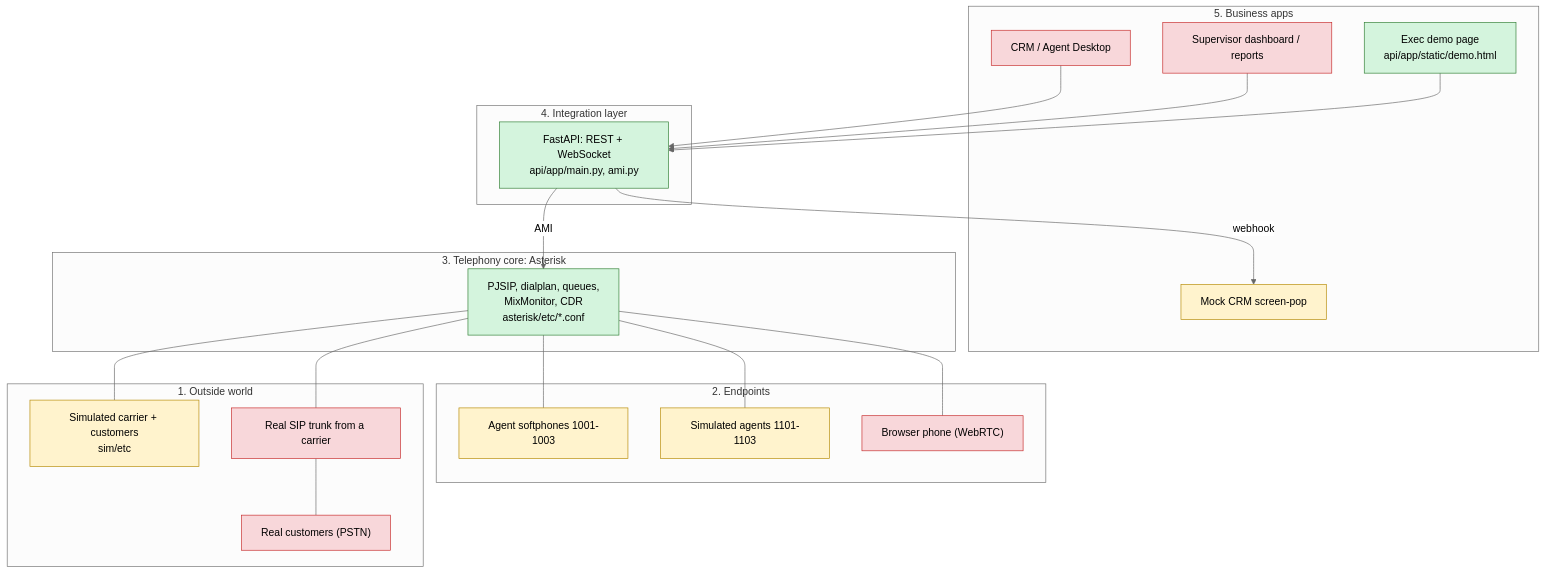
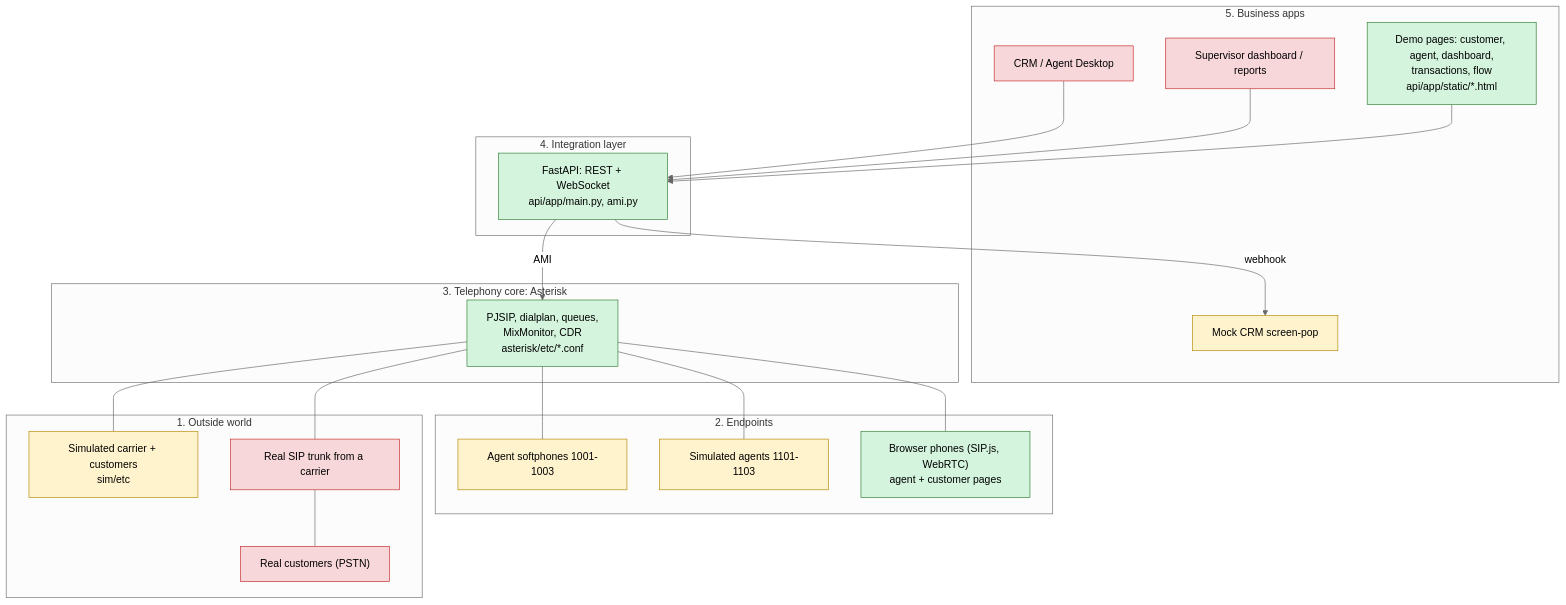
Before and after one commit to McDonan/asterisk-poc: the first of 10 diagrams in docs/ARCHITECTURE.md, drawn with Mermaid (neutral theme). The commit also changed other lines of this file and 4 other files, not shown here.

Commit message:
docs: Update documentation for WebRTC integration, demo pages, and IVR menu enhancements

````diff
--- a/docs/ARCHITECTURE.md
+++ b/docs/ARCHITECTURE.md
@@ -9,39 +9,39 @@
 ```mermaid
 flowchart TB
     subgraph L5["5. Business apps"]
         CRM["CRM / Agent Desktop"]:::todo
         DASH["Supervisor dashboard / reports"]:::todo
-        DEMO["Exec demo page<br/>api/app/static/demo.html"]:::done
+        DEMO["Demo pages: customer, agent, dashboard,<br/>transactions, flow<br/>api/app/static/*.html"]:::done
         MOCK["Mock CRM screen-pop"]:::sim
     end
     subgraph L4["4. Integration layer"]
         API["FastAPI: REST + WebSocket<br/>api/app/main.py, ami.py"]:::done
     end
     subgraph L3["3. Telephony core: Asterisk"]
         PBX["PJSIP, dialplan, queues,<br/>MixMonitor, CDR<br/>asterisk/etc/*.conf"]:::done
     end
     subgraph L2["2. Endpoints"]
         SOFT["Agent softphones 1001-1003"]:::sim
         SIMAG["Simulated agents 1101-1103"]:::sim
-        WEBRTC["Browser phone (WebRTC)"]:::todo
+        WEBRTC["Browser phones (SIP.js, WebRTC)<br/>agent + customer pages"]:::done
     end
     subgraph L1["1. Outside world"]
         SIMCAR["Simulated carrier + customers<br/>sim/etc"]:::sim
         TRUNK["Real SIP trunk from a carrier"]:::todo
         CUST["Real customers (PSTN)"]:::todo
     end
     CRM --> API
     DASH --> API
     DEMO --> API
     API -- AMI --> PBX
     API -- webhook --> MOCK
     PBX --- SOFT
     PBX --- SIMAG
     PBX --- WEBRTC
     PBX --- SIMCAR
     PBX --- TRUNK
     TRUNK --- CUST
     classDef done fill:#d4f4dd,stroke:#2e7d32,color:#000
     classDef sim fill:#fff3cd,stroke:#b58900,color:#000
     classDef todo fill:#f8d7da,stroke:#c62828,color:#000
 ```
````
